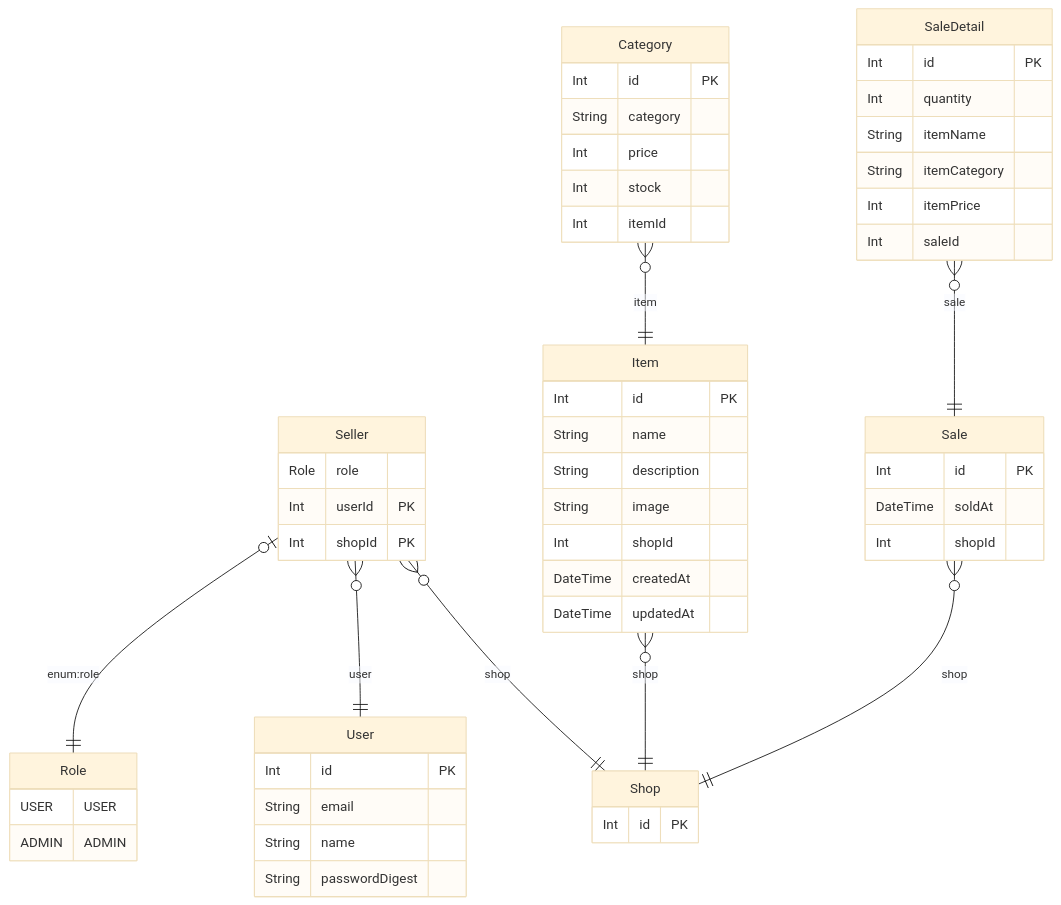
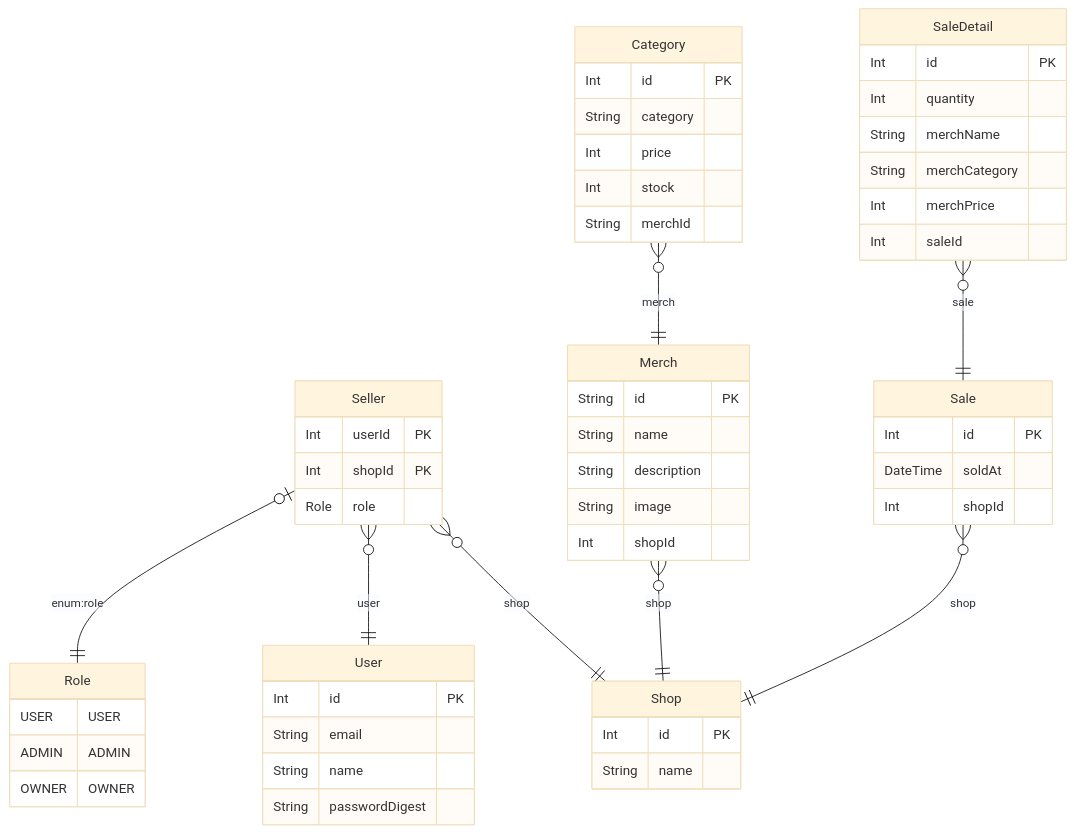
Before and after one commit to ottaaa/merch: the diagram in api/prisma/scheme.md, drawn with Mermaid (base theme). The commit also changed 1 other file, not shown here.

Commit message:
ItemをMerchに変更した

````diff
--- a/api/prisma/scheme.md
+++ b/api/prisma/scheme.md
@@ -1,72 +1,72 @@
 ```mermaid
 erDiagram
 
         Role {
             USER USER
 ADMIN ADMIN
+OWNER OWNER
         }
     
   User {
     Int id PK 
     String email  
     String name  
     String passwordDigest  
     }
   
 
   Shop {
     Int id PK 
+    String name  
     }
   
 
   Seller {
-    Role role  
     Int userId PK 
     Int shopId PK 
+    Role role  
     }
   
 
-  Item {
-    Int id PK 
+  Merch {
+    String id PK 
     String name  
     String description  
     String image  
     Int shopId  
-    DateTime createdAt  
-    DateTime updatedAt  
     }
   
 
   Category {
     Int id PK 
     String category  
     Int price  
     Int stock  
-    Int itemId  
+    String merchId  
     }
   
 
   Sale {
     Int id PK 
     DateTime soldAt  
     Int shopId  
     }
   
 
   SaleDetail {
     Int id PK 
     Int quantity  
-    String itemName  
-    String itemCategory  
-    Int itemPrice  
+    String merchName  
+    String merchCategory  
+    Int merchPrice  
     Int saleId  
     }
   
     Seller o|--|| Role : "enum:role"
     Seller o{--|| User : "user"
     Seller o{--|| Shop : "shop"
-    Item o{--|| Shop : "shop"
-    Category o{--|| Item : "item"
+    Merch o{--|| Shop : "shop"
+    Category o{--|| Merch : "merch"
     Sale o{--|| Shop : "shop"
     SaleDetail o{--|| Sale : "sale"
 ```
````
